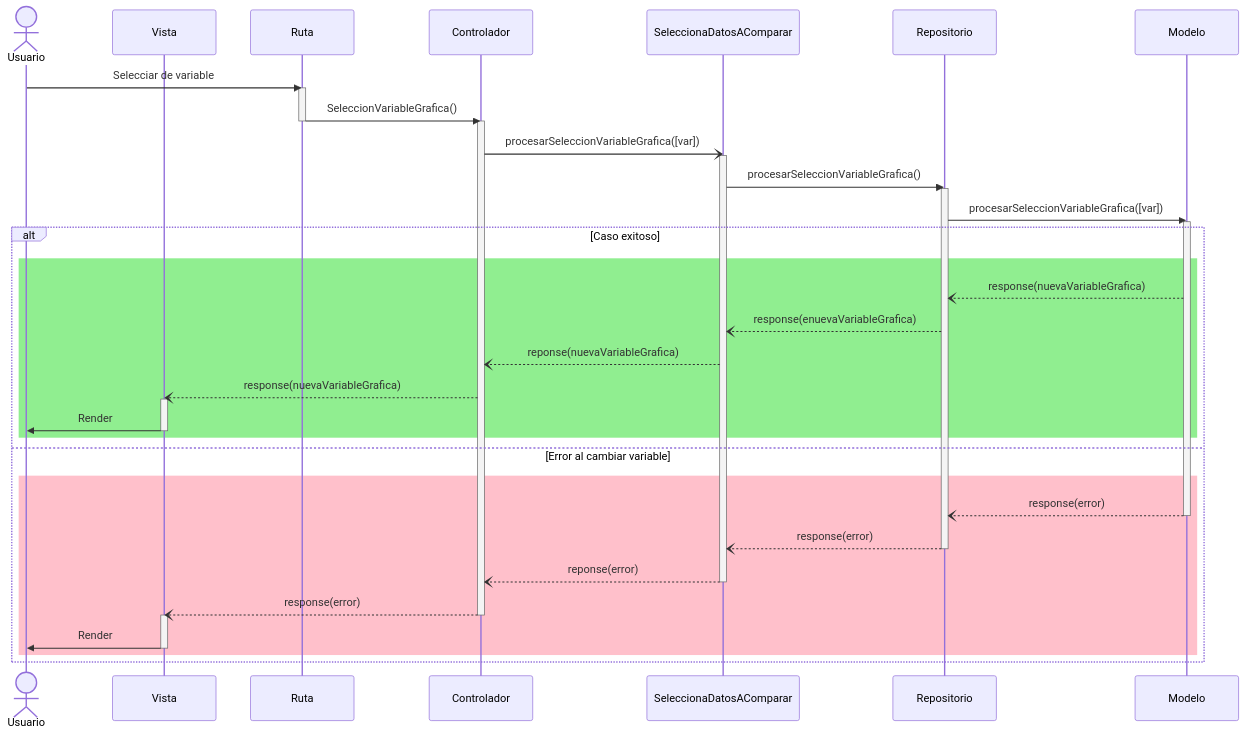
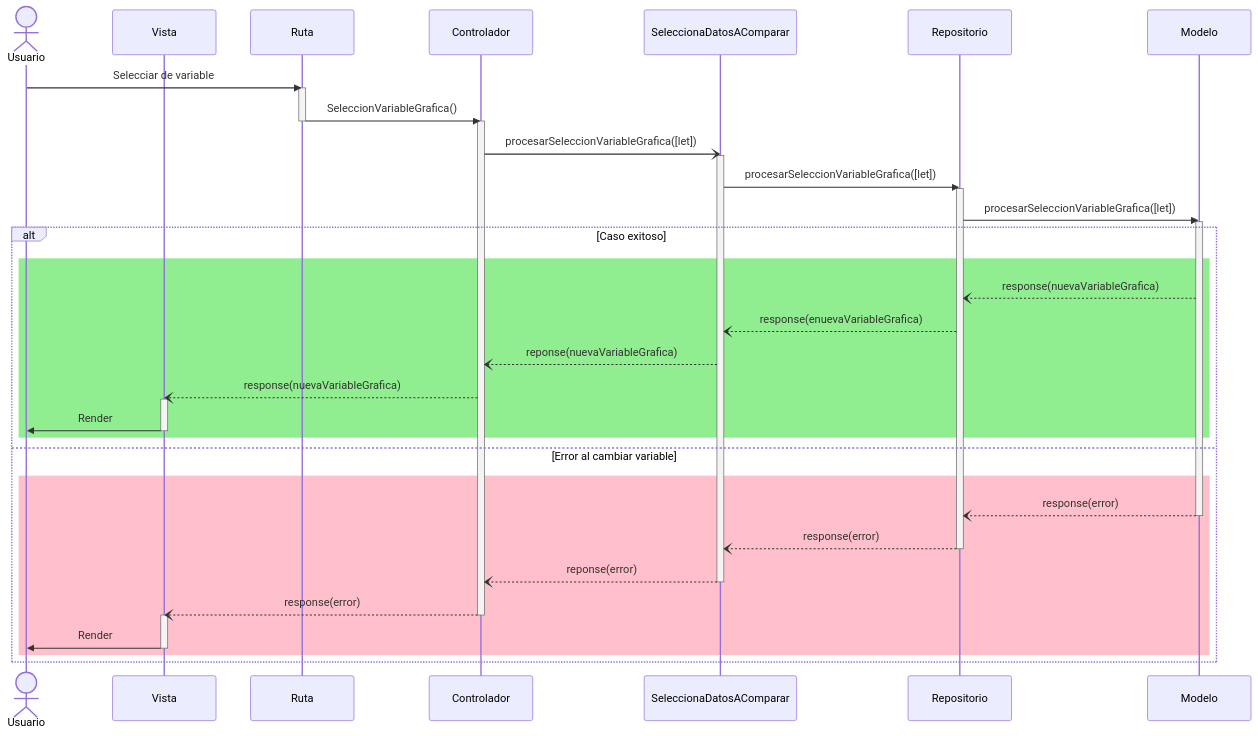
Before and after one commit to CodeAnd-Co/Documentacion: the diagram in documentation/docs/proyectos/tractores/documentacion/requisitos/RF14.md, drawn with Mermaid.

Commit message:
Modificar grafica

````diff
--- a/documentation/docs/proyectos/tractores/documentacion/requisitos/RF14.md
+++ b/documentation/docs/proyectos/tractores/documentacion/requisitos/RF14.md
@@ -29,48 +29,48 @@
 ```mermaid
 sequenceDiagram
     actor Usuario
     participant view as Vista
     participant route as Ruta
     participant controller as Controlador
     participant usecase as SeleccionaDatosAComparar
     participant repository as Repositorio
     participant model as Modelo
 
     Usuario->>route: Selecciar de variable
     activate route
     route->>controller: SeleccionVariableGrafica()
     deactivate route
     activate controller
-    controller-)usecase: procesarSeleccionVariableGrafica([var])
+    controller-)usecase: procesarSeleccionVariableGrafica([let])
     activate usecase
-    usecase->>repository: procesarSeleccionVariableGrafica()
+    usecase->>repository: procesarSeleccionVariableGrafica([let])
     activate repository
-    repository->>model: procesarSeleccionVariableGrafica([var])
+    repository->>model: procesarSeleccionVariableGrafica([let])
     activate model 
     alt Caso exitoso
     rect Lightgreen
     model--)repository: response(nuevaVariableGrafica)
     repository--)usecase: response(enuevaVariableGrafica)
     usecase--)controller: reponse(nuevaVariableGrafica)
     controller--)view: response(nuevaVariableGrafica)
     activate view
     view->>Usuario: Render
     deactivate view
     end
     else Error al cambiar variable
     rect Pink
     model--)repository: response(error)
     deactivate model
     repository--)usecase: response(error)
     deactivate repository
     usecase--)controller: reponse(error)
     deactivate usecase
     controller--)view: response(error)
     deactivate controller
     activate view
     view->>Usuario: Render
     deactivate view
     end
     end
     
 ```
````
